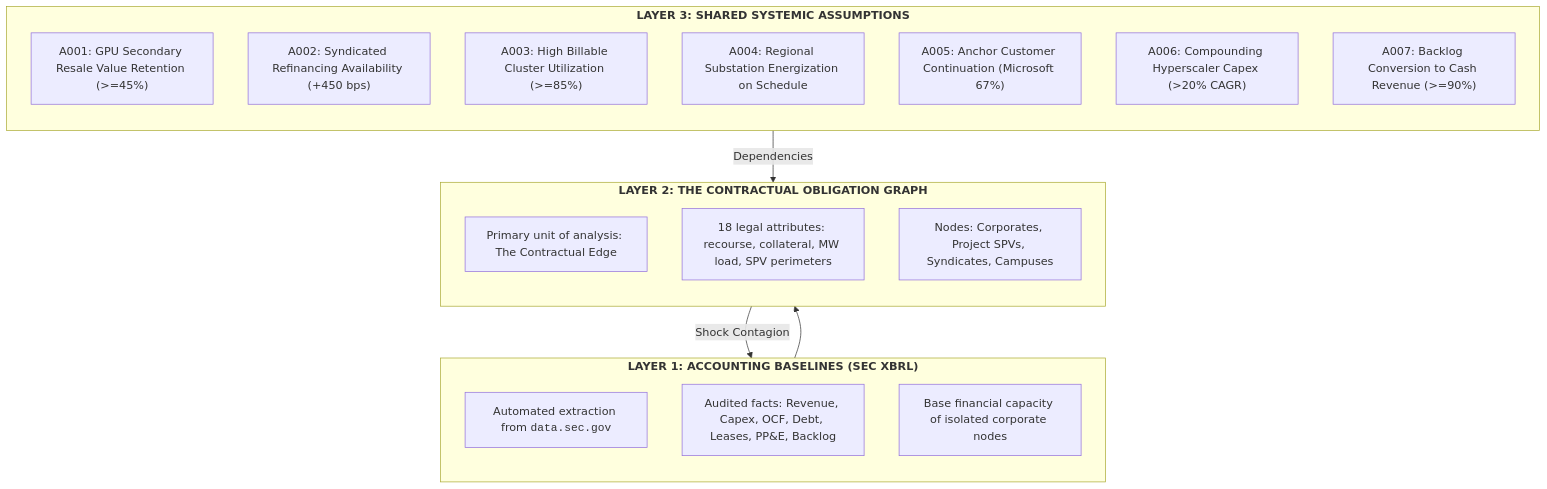
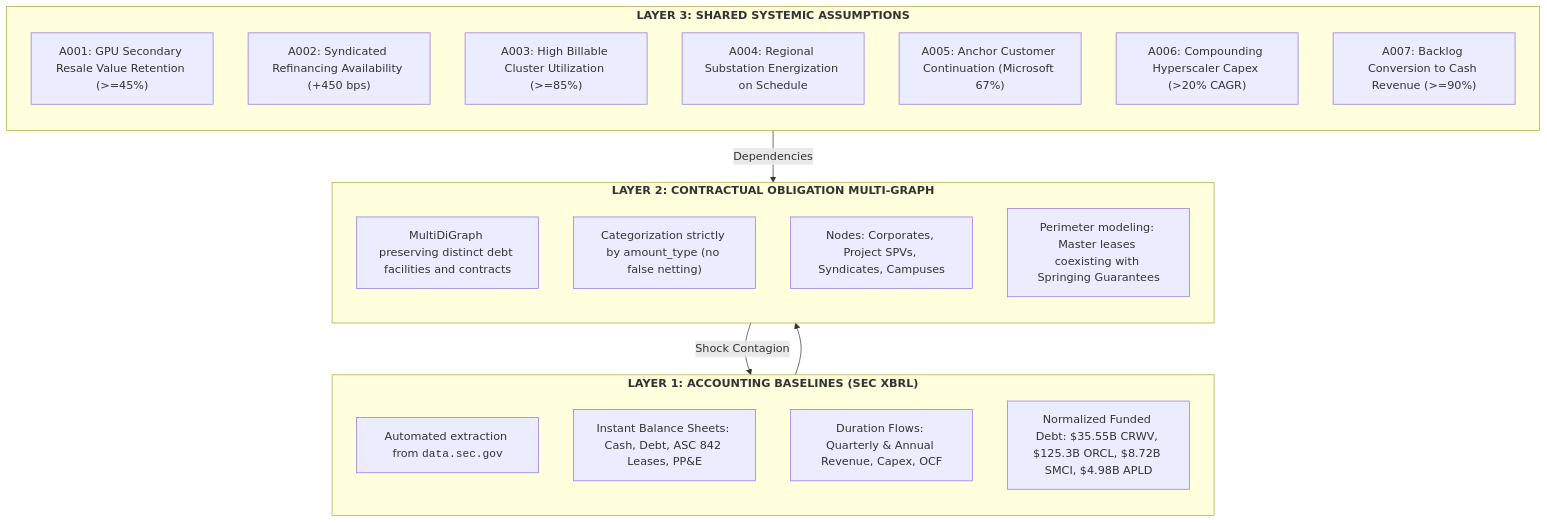
Before and after one commit to admiralorbiter/computational-sketchbook: the second of 2 diagrams in 2026/2026-09-28-ai-infrastructure-network/README.md, drawn with Mermaid. The commit also changed other lines of this file and 24 other files, not shown here.

````diff
--- a/2026/2026-09-28-ai-infrastructure-network/README.md
+++ b/2026/2026-09-28-ai-infrastructure-network/README.md
@@ -48,31 +48,33 @@
 ```mermaid
 flowchart TD
     subgraph L1["<b>LAYER 1: ACCOUNTING BASELINES (SEC XBRL)</b>"]
         direction TB
         F1["Automated extraction from <code>data.sec.gov</code>"]
-        F2["Audited facts: Revenue, Capex, OCF, Debt, Leases, PP&E, Backlog"]
-        F3["Base financial capacity of isolated corporate nodes"]
+        F2["Instant Balance Sheets: Cash, Debt, ASC 842 Leases, PP&E"]
+        F3["Duration Flows: Quarterly & Annual Revenue, Capex, OCF"]
+        F4["Normalized Funded Debt: $35.55B CRWV, $125.3B ORCL, $8.72B SMCI, $4.98B APLD"]
     end
 
-    subgraph L2["<b>LAYER 2: THE CONTRACTUAL OBLIGATION GRAPH</b>"]
+    subgraph L2["<b>LAYER 2: CONTRACTUAL OBLIGATION MULTI-GRAPH</b>"]
         direction TB
-        O1["Primary unit of analysis: The Contractual Edge"]
-        O2["18 legal attributes: recourse, collateral, MW load, SPV perimeters"]
+        O1["MultiDiGraph preserving distinct debt facilities and contracts"]
+        O2["Categorization strictly by amount_type (no false netting)"]
         O3["Nodes: Corporates, Project SPVs, Syndicates, Campuses"]
+        O4["Perimeter modeling: Master leases coexisting with Springing Guarantees"]
     end
 
     subgraph L3["<b>LAYER 3: SHARED SYSTEMIC ASSUMPTIONS</b>"]
         direction TB
         A1["A001: GPU Secondary Resale Value Retention (>=45%)"]
         A2["A002: Syndicated Refinancing Availability (+450 bps)"]
         A3["A003: High Billable Cluster Utilization (>=85%)"]
         A4["A004: Regional Substation Energization on Schedule"]
         A5["A005: Anchor Customer Continuation (Microsoft 67%)"]
         A6["A006: Compounding Hyperscaler Capex (>20% CAGR)"]
         A7["A007: Backlog Conversion to Cash Revenue (>=90%)"]
     end
 
     L1 --> L2
     L3 -->|Dependencies| L2
     L2 -->|Shock Contagion| L1
 ```
````
